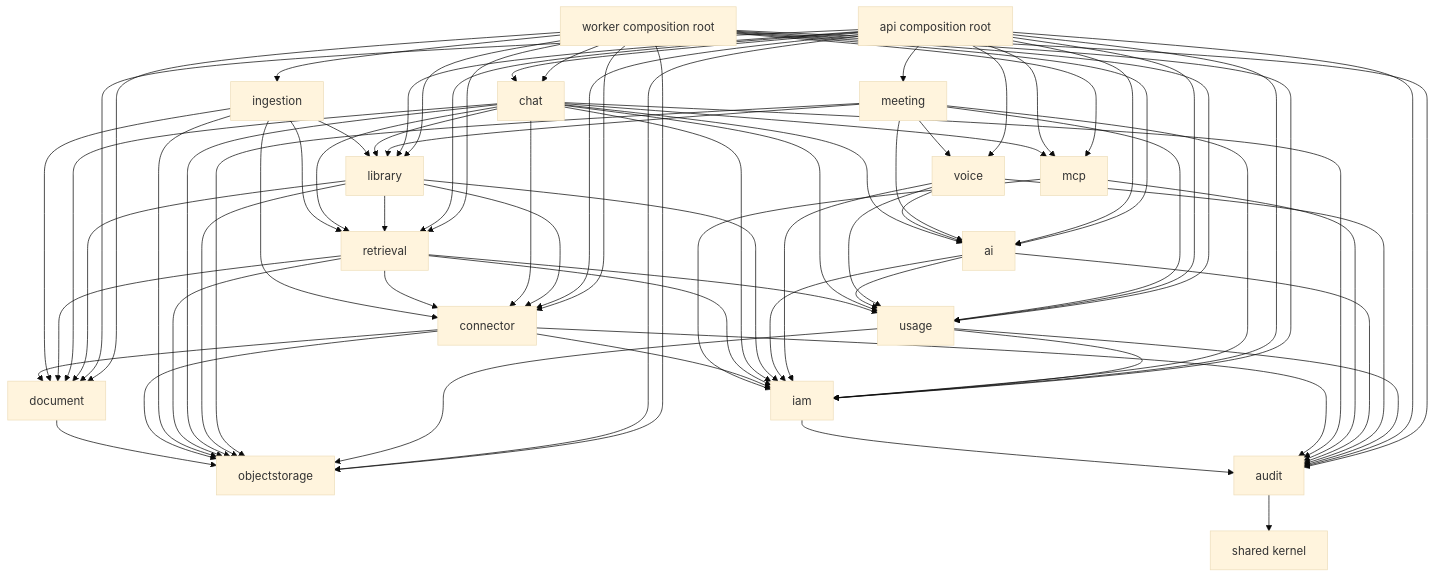
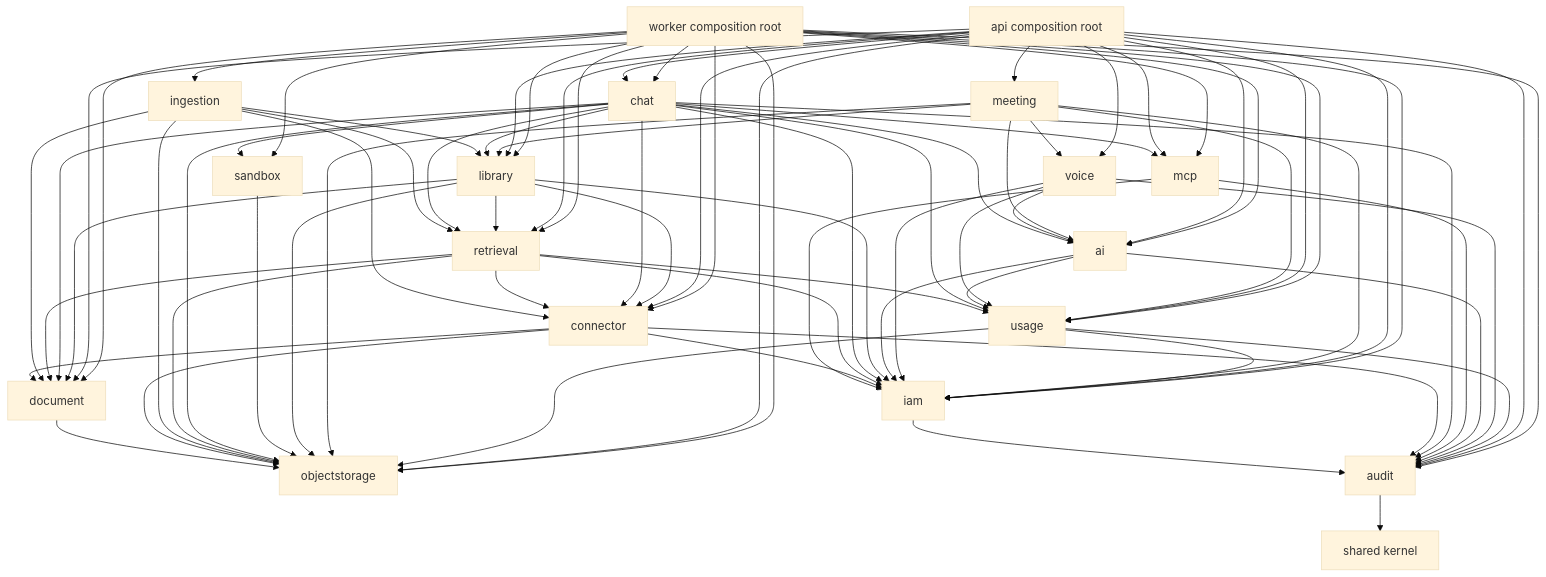
Before and after one commit to kl3inIT/MemoryOS: the second of 6 diagrams in ARCHITECTURE.md, drawn with Mermaid (base theme). The commit also changed other lines of this file and 18 other files, not shown here.

```diff
--- a/ARCHITECTURE.md
+++ b/ARCHITECTURE.md
@@ -72,6 +72,7 @@
     MEET[meeting]
     USAGE[usage]
     AUD[audit]
+    SBX[sandbox]
     SHARED[shared kernel]
 
     MCP --> IAM
@@ -98,6 +99,8 @@
     CHAT --> OBJ
     CHAT --> DOC
     CHAT --> USAGE
+    CHAT --> SBX
+    SBX --> OBJ
     LIB --> IAM
     LIB --> OBJ
     LIB --> CON
@@ -146,6 +149,7 @@
     WORKER --> RET
     WORKER --> LIB
     WORKER --> CHAT
+    WORKER --> SBX
     WORKER --> USAGE
     WORKER --> AI
     WORKER --> MCP
```
